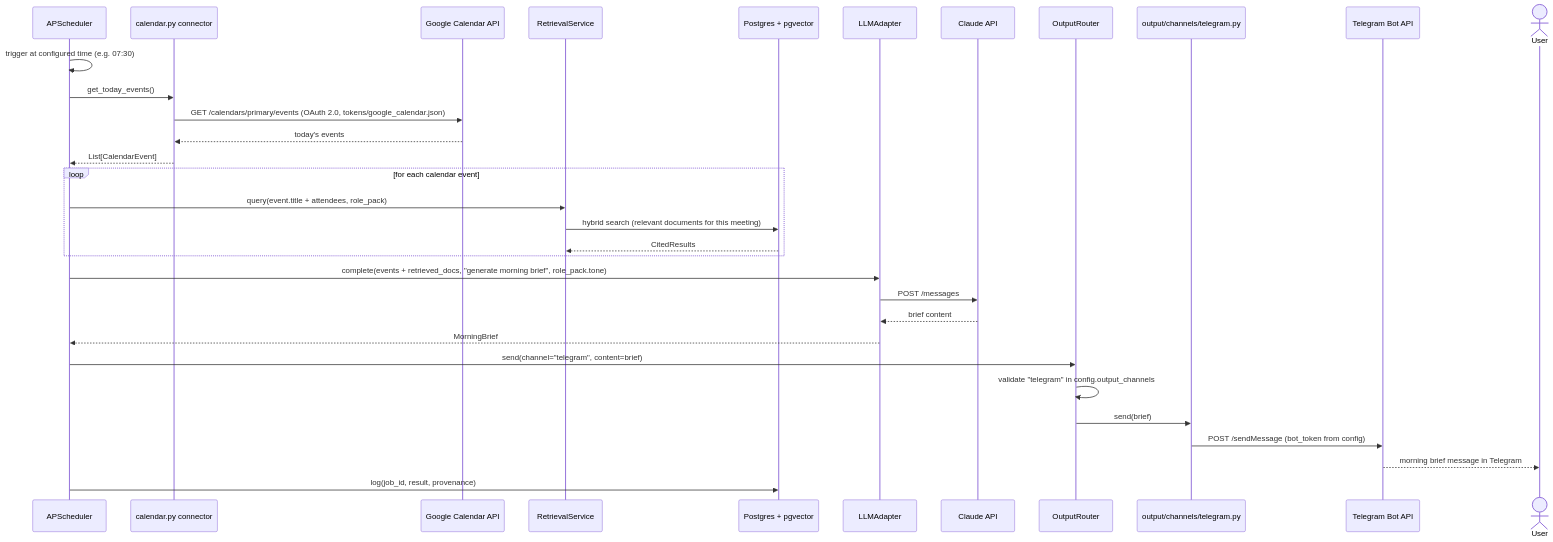
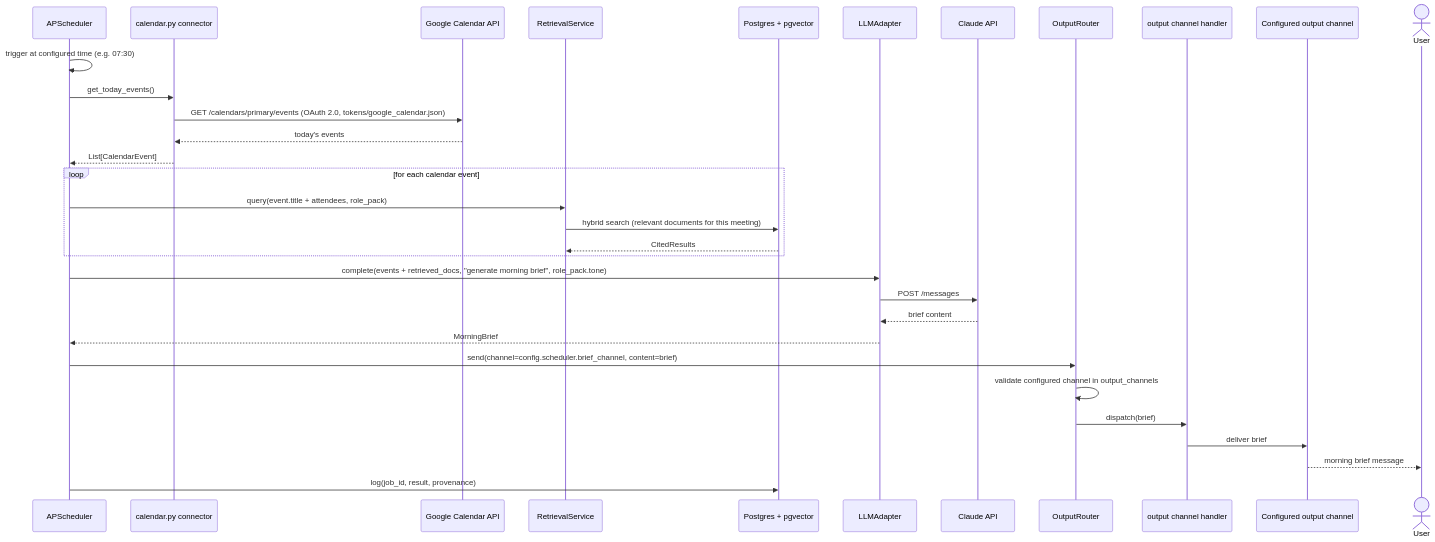
Before and after one commit to iainhgl/chief-of-staff: the ninth of 13 diagrams in _bmad-output/planning-artifacts/architecture-diagrams.md, drawn with Mermaid. The commit also changed other lines of this file and 11 other files, not shown here.

First line of the commit message:
Implement story 6.1 canonical blob, source, and version schema hardening

````diff
--- a/_bmad-output/planning-artifacts/architecture-diagrams.md
+++ b/_bmad-output/planning-artifacts/architecture-diagrams.md
@@ -301,35 +331,35 @@
 ```mermaid
 sequenceDiagram
     participant SCH as APScheduler
     participant CAL as calendar.py connector
     participant CalAPI as Google Calendar API
     participant RS as RetrievalService
     participant DB as Postgres + pgvector
     participant LLM as LLMAdapter
     participant ClaudeAPI as Claude API
     participant OR as OutputRouter
-    participant TG as output/channels/telegram.py
-    participant TelegramAPI as Telegram Bot API
+    participant CH as output channel handler
+    participant OUT as Configured output channel
     actor User
 
     SCH->>SCH: trigger at configured time (e.g. 07:30)
     SCH->>CAL: get_today_events()
     CAL->>CalAPI: GET /calendars/primary/events (OAuth 2.0, tokens/google_calendar.json)
     CalAPI-->>CAL: today's events
     CAL-->>SCH: List[CalendarEvent]
     loop for each calendar event
         SCH->>RS: query(event.title + attendees, role_pack)
         RS->>DB: hybrid search (relevant documents for this meeting)
         DB-->>RS: CitedResults
     end
     SCH->>LLM: complete(events + retrieved_docs, "generate morning brief", role_pack.tone)
     LLM->>ClaudeAPI: POST /messages
     ClaudeAPI-->>LLM: brief content
     LLM-->>SCH: MorningBrief
-    SCH->>OR: send(channel="telegram", content=brief)
-    OR->>OR: validate "telegram" in config.output_channels
-    OR->>TG: send(brief)
-    TG->>TelegramAPI: POST /sendMessage (bot_token from config)
-    TelegramAPI-->>User: morning brief message in Telegram
+    SCH->>OR: send(channel=config.scheduler.brief_channel, content=brief)
+    OR->>OR: validate configured channel in output_channels
+    OR->>CH: dispatch(brief)
+    CH->>OUT: deliver brief
+    OUT-->>User: morning brief message
     SCH->>DB: log(job_id, result, provenance)
 ```
````
